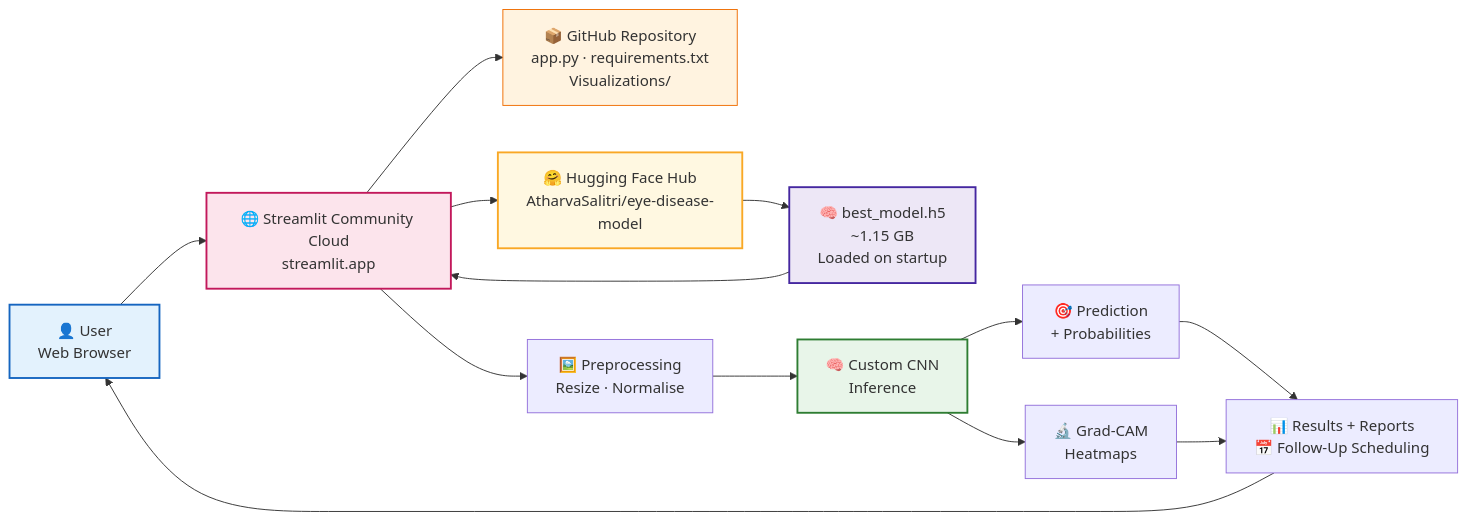
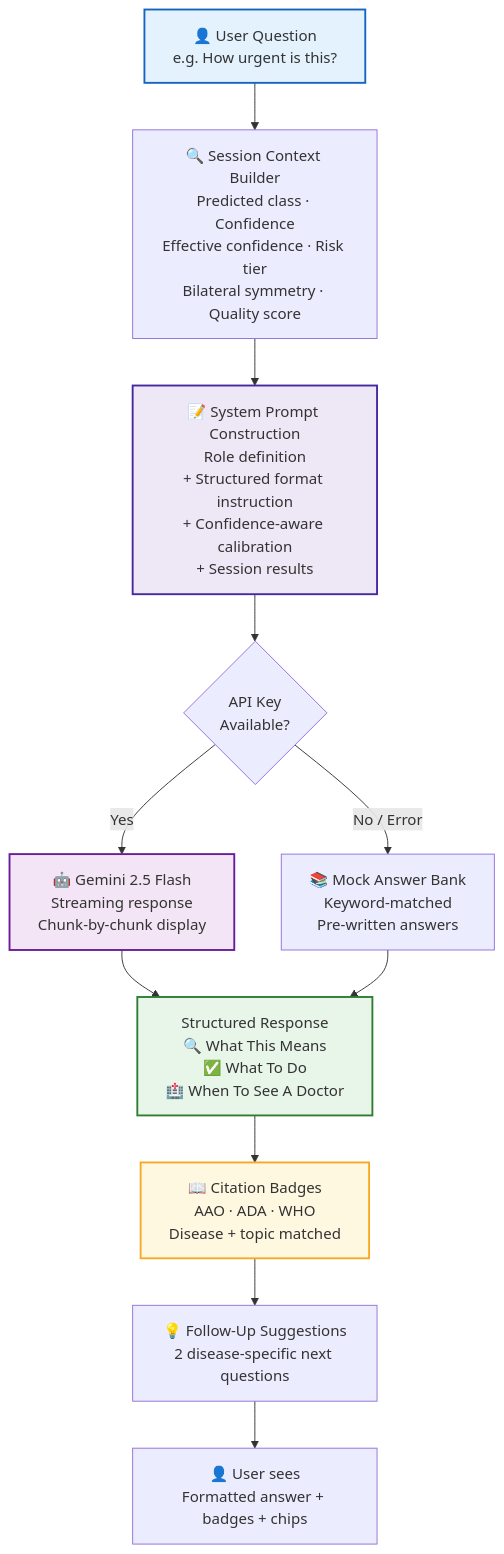
Before and after one commit to the-amazing-atharva/Ocular-Diseases-Detection-using-CNN-Deep-Learning: diagram 13 of 14 in README.md, drawn with Mermaid. The commit also changed other lines of this file and 20 other files, not shown here.

````diff
--- a/README.md
+++ b/README.md
@@ -427,22 +837,19 @@
 ```mermaid
-flowchart LR
-    U["👤 User\nWeb Browser"] --> S["🌐 Streamlit Community Cloud\nstreamlit.app"]
-    S --> G["📦 GitHub Repository\napp.py · requirements.txt\nVisualizations/"]
-    S --> H["🤗 Hugging Face Hub\nAtharvaSalitri/eye-disease-model"]
-    H --> M["🧠 best_model.h5\n~1.15 GB\nLoaded on startup"]
-    M --> S
-    S --> P["🖼️ Preprocessing\nResize · Normalise"]
-    P --> C["🧠 Custom CNN\nInference"]
-    C --> O1["🎯 Prediction\n+ Probabilities"]
-    C --> O2["🔬 Grad-CAM\nHeatmaps"]
-    O1 --> R["📊 Results + Reports\n📅 Follow-Up Scheduling"]
-    O2 --> R
-    R --> U
+flowchart TD
+    A["👤 User Question\ne.g. How urgent is this?"] --> B["🔍 Session Context Builder\nPredicted class · Confidence\nEffective confidence · Risk tier\nBilateral symmetry · Quality score"]
+    B --> C["📝 System Prompt Construction\nRole definition\n+ Structured format instruction\n+ Confidence-aware calibration\n+ Session results"]
+    C --> D{"API Key\nAvailable?"}
+    D -->|"Yes"| E["🤖 Gemini 2.5 Flash\nStreaming response\nChunk-by-chunk display"]
+    D -->|"No / Error"| F["📚 Mock Answer Bank\nKeyword-matched\nPre-written answers"]
+    E --> G["Structured Response\n🔍 What This Means\n✅ What To Do\n🏥 When To See A Doctor"]
+    F --> G
+    G --> H["📖 Citation Badges\nAAO · ADA · WHO\nDisease + topic matched"]
+    H --> I["💡 Follow-Up Suggestions\n2 disease-specific next questions"]
+    I --> J["👤 User sees\nFormatted answer + badges + chips"]
 
-    style U fill:#e3f2fd,stroke:#1565c0,stroke-width:2px
-    style S fill:#fce4ec,stroke:#c2185b,stroke-width:2px
-    style G fill:#fff3e0,stroke:#ef6c00
+    style A fill:#e3f2fd,stroke:#1565c0,stroke-width:2px
+    style C fill:#ede7f6,stroke:#4527a0,stroke-width:2px
+    style E fill:#f3e5f5,stroke:#6a1b9a,stroke-width:2px
+    style G fill:#e8f5e9,stroke:#2e7d32,stroke-width:2px
     style H fill:#fff8e1,stroke:#f9a825,stroke-width:2px
-    style M fill:#ede7f6,stroke:#4527a0,stroke-width:2px
-    style C fill:#e8f5e9,stroke:#2e7d32,stroke-width:2px
 ```
````
